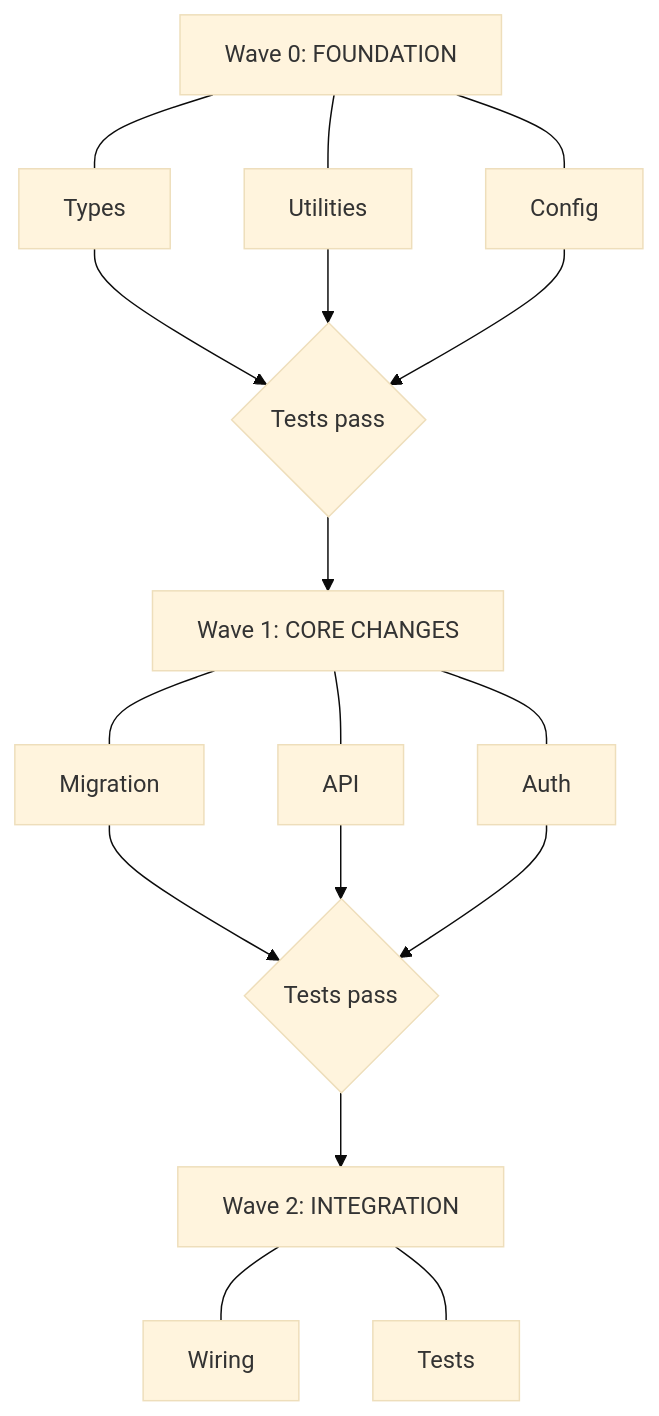
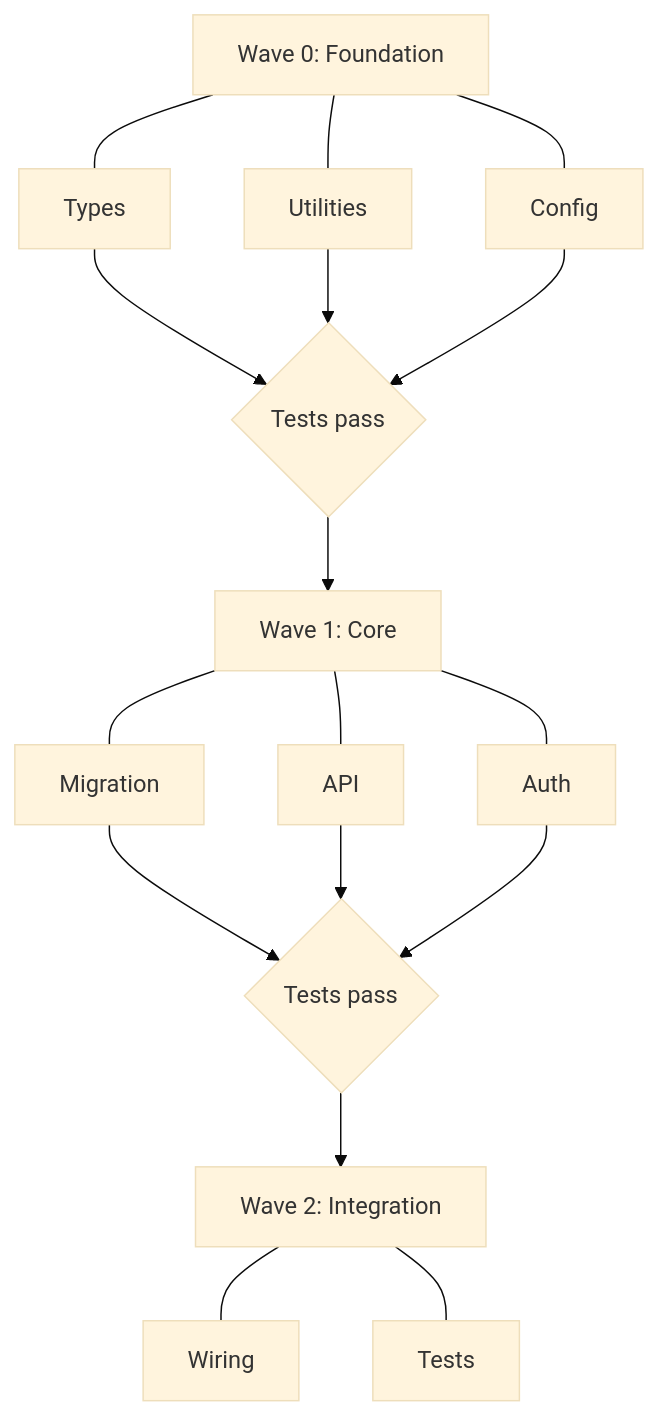
The third of 7 diagrams in handbook/ch12-multi-agent-orchestration.qmd (danielmeppiel/agentic-sdlc-handbook), drawn with Mermaid (base theme) before and after one commit. The commit also changed other lines of this file and 10 other files, not shown here.

First line of the commit message:
fix: PDF formatting — compact TOC, fix diagrams, table formatting, hooks accuracy

````diff
--- a/handbook/ch12-multi-agent-orchestration.qmd
+++ b/handbook/ch12-multi-agent-orchestration.qmd
@@ -179,28 +179,28 @@
 ```{mermaid}
 %%| fig-width: 5.0
-%%| fig-height: 6
+%%| fig-height: 5
 %%| fig-cap: "Wave-based parallelism with dependency ordering"
 %%| fig-alt: "Flowchart showing three waves of parallel agent execution: Wave 0 (Foundation) runs Types, Utilities, and Config agents in parallel, followed by a Tests pass checkpoint; Wave 1 (Core Changes) runs Migration, API, and Auth agents in parallel, followed by another Tests pass checkpoint; Wave 2 (Integration) runs Wiring and Tests agents in parallel. Each wave completes and passes tests before the next wave begins."
 %%| label: fig-wave-parallelism
 flowchart TD
-    W0["Wave 0: FOUNDATION"]
+    W0["Wave 0: Foundation"]
     W0A["Types"]
     W0B["Utilities"]
     W0C["Config"]
     W0 --- W0A & W0B & W0C
     CHECK0{"Tests pass"}
     W0A & W0B & W0C --> CHECK0
-    W1["Wave 1: CORE CHANGES"]
+    W1["Wave 1: Core"]
     CHECK0 --> W1
     W1D["Migration"]
     W1E["API"]
     W1F["Auth"]
     W1 --- W1D & W1E & W1F
     CHECK1{"Tests pass"}
     W1D & W1E & W1F --> CHECK1
-    W2["Wave 2: INTEGRATION"]
+    W2["Wave 2: Integration"]
     CHECK1 --> W2
     W2G["Wiring"]
     W2H["Tests"]
     W2 --- W2G & W2H
 ```
````
